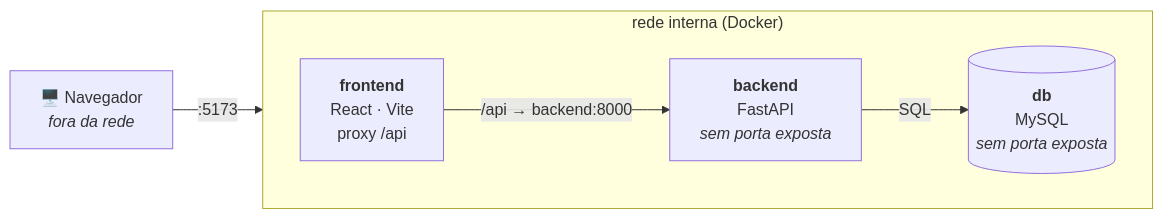
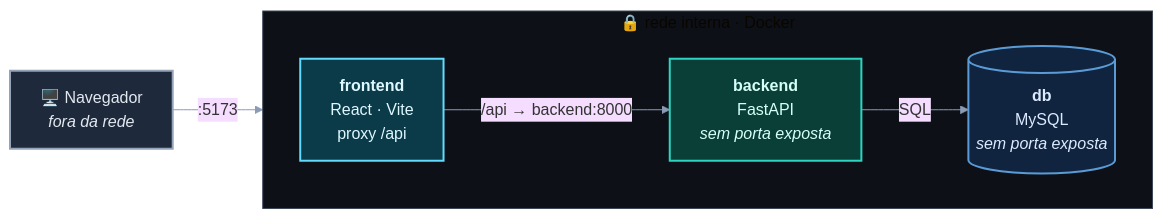
One commit to rafawzc/ferrovia_santa_cruz changed the diagram in README.md. Above: the diagram before and after it, drawn with Mermaid.

Commit message:
docs: tune Mermaid diagram colors for dark background

````diff
--- a/README.md
+++ b/README.md
@@ -34,13 +34,28 @@
 ```mermaid
+%%{init: {'theme':'base','themeVariables':{
+  'fontFamily':'ui-sans-serif, system-ui, sans-serif',
+  'lineColor':'#8b9bb4',
+  'clusterBkg':'#0d1117',
+  'clusterBorder':'#3d4757'
+}}}%%
 flowchart LR
     browser["🖥️ Navegador<br/><i>fora da rede</i>"]
-    subgraph internal["rede interna (Docker)"]
+    subgraph internal["🔒 rede interna · Docker"]
         direction LR
         frontend["<b>frontend</b><br/>React · Vite<br/>proxy /api"]
         backend["<b>backend</b><br/>FastAPI<br/><i>sem porta exposta</i>"]
         db[("<b>db</b><br/>MySQL<br/><i>sem porta exposta</i>")]
     end
     browser -->|":5173"| frontend
     frontend -->|"/api → backend:8000"| backend
     backend -->|"SQL"| db
+
+    classDef browser fill:#1e293b,stroke:#94a3b8,stroke-width:2px,color:#e2e8f0
+    classDef front fill:#0b3a48,stroke:#61dafb,stroke-width:2px,color:#dff7ff
+    classDef back fill:#0a3f38,stroke:#2dd4bf,stroke-width:2px,color:#d6fff7
+    classDef data fill:#10243f,stroke:#5b9bd5,stroke-width:2px,color:#dbeafe
+    class browser browser
+    class frontend front
+    class backend back
+    class db data
 ```
````
